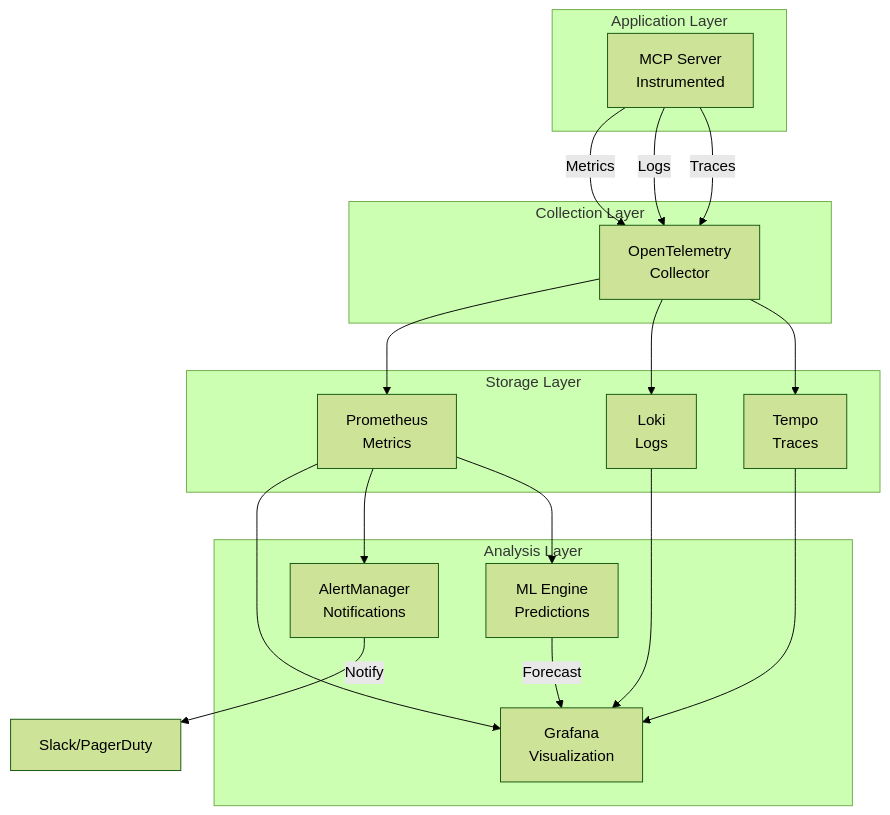
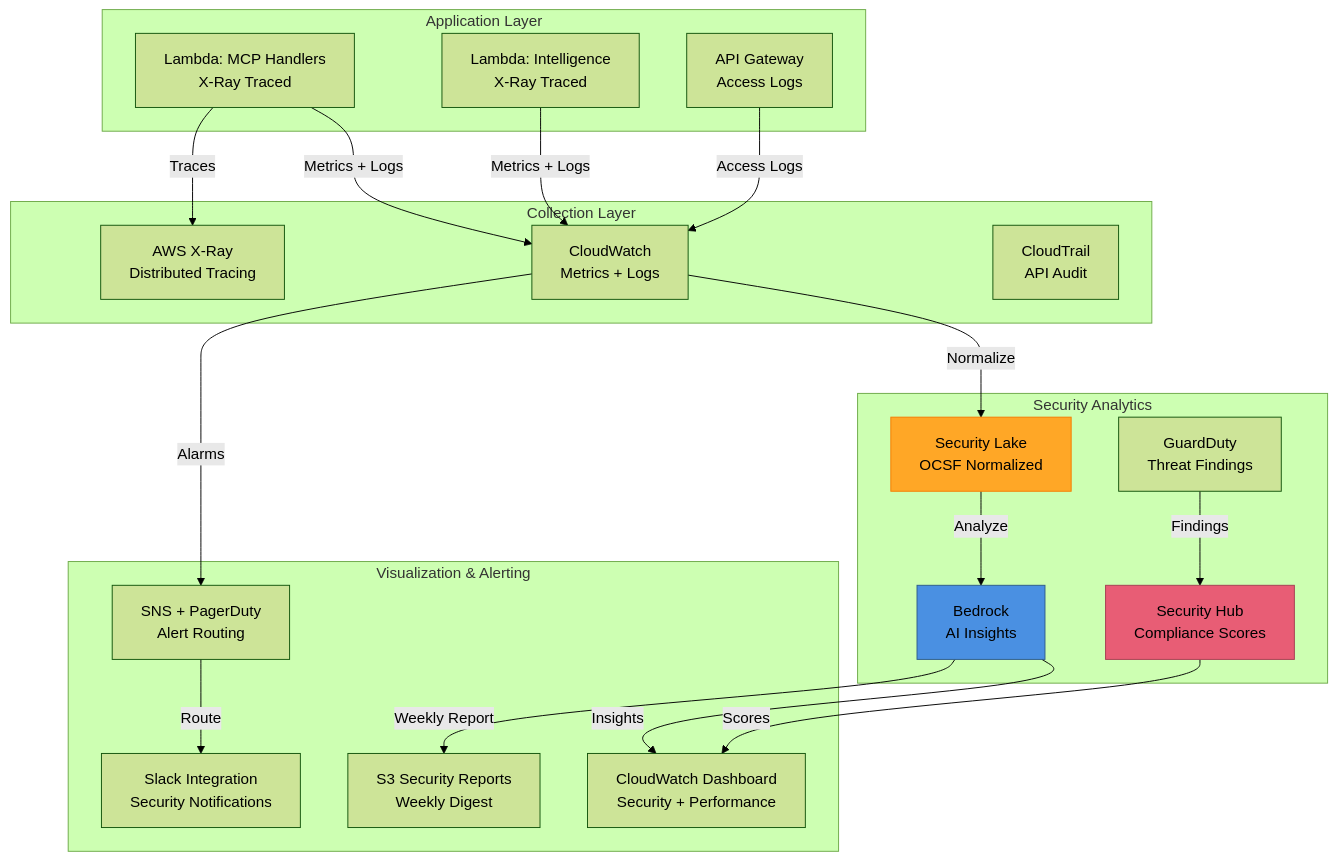
Before and after one commit to Hack23/European-Parliament-MCP-Server: the eighth of 19 diagrams in FUTURE_SECURITY_ARCHITECTURE.md, drawn with Mermaid (forest theme). The commit also changed other lines of this file, not shown here.

Commit message:
docs: expand FUTURE_SECURITY_ARCHITECTURE.md with all missing mandatory sections

````diff
--- a/FUTURE_SECURITY_ARCHITECTURE.md
+++ b/FUTURE_SECURITY_ARCHITECTURE.md
@@ -410,40 +718,47 @@
 ```mermaid
 graph TB
     subgraph "Application Layer"
-        APP[MCP Server<br/>Instrumented]
+        L1[Lambda: MCP Handlers<br/>X-Ray Traced]
+        L2[Lambda: Intelligence<br/>X-Ray Traced]
+        APIGW[API Gateway<br/>Access Logs]
     end
-    
+
     subgraph "Collection Layer"
-        OTEL[OpenTelemetry<br/>Collector]
+        CW[CloudWatch<br/>Metrics + Logs]
+        XRAY[AWS X-Ray<br/>Distributed Tracing]
+        CT[CloudTrail<br/>API Audit]
     end
-    
-    subgraph "Storage Layer"
-        PROM[Prometheus<br/>Metrics]
-        LOKI[Loki<br/>Logs]
-        TEMPO[Tempo<br/>Traces]
+
+    subgraph "Security Analytics"
+        SL[Security Lake<br/>OCSF Normalized]
+        GD[GuardDuty<br/>Threat Findings]
+        SH[Security Hub<br/>Compliance Scores]
+        BEDROCK[Bedrock<br/>AI Insights]
     end
-    
-    subgraph "Analysis Layer"
-        GRAFANA[Grafana<br/>Visualization]
-        ALERT[AlertManager<br/>Notifications]
-        ML[ML Engine<br/>Predictions]
+
+    subgraph "Visualization & Alerting"
+        CW_DASH[CloudWatch Dashboard<br/>Security + Performance]
+        SNS[SNS + PagerDuty<br/>Alert Routing]
+        SLACK[Slack Integration<br/>Security Notifications]
+        REPORT[S3 Security Reports<br/>Weekly Digest]
     end
-    
-    APP -->|Metrics| OTEL
-    APP -->|Logs| OTEL
-    APP -->|Traces| OTEL
-    
-    OTEL --> PROM
-    OTEL --> LOKI
-    OTEL --> TEMPO
-    
-    PROM --> GRAFANA
-    LOKI --> GRAFANA
-    TEMPO --> GRAFANA
-    
-    PROM --> ALERT
-    PROM --> ML
-    
-    ML -->|Forecast| GRAFANA
-    ALERT -->|Notify| SLACK[Slack/PagerDuty]
+
+    L1 -->|Metrics + Logs| CW
+    L2 -->|Metrics + Logs| CW
+    L1 -->|Traces| XRAY
+    APIGW -->|Access Logs| CW
+    CW -->|Normalize| SL
+
+    GD -->|Findings| SH
+    SH -->|Scores| CW_DASH
+    SL -->|Analyze| BEDROCK
+    BEDROCK -->|Insights| CW_DASH
+
+    CW -->|Alarms| SNS
+    SNS -->|Route| SLACK
+    BEDROCK -->|Weekly Report| REPORT
+
+    style SL fill:#FFA726,stroke:#F57C00
+    style BEDROCK fill:#4A90E2,stroke:#2E5C8A
+    style SH fill:#E85D75,stroke:#A53F52
 ```
````
